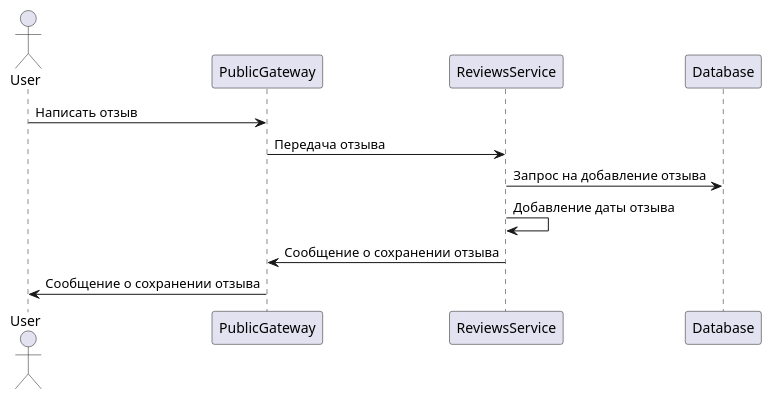
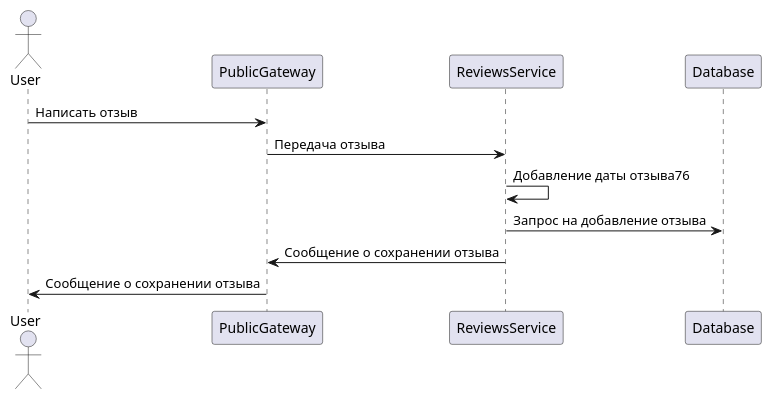
One commit to ncedu-tlt/-2021-ta-bot-reviews-management changed the diagram in design/ReviewDiagram.puml. Above: the diagram before and after it, drawn with PlantUML.

```diff
--- a/design/ReviewDiagram.puml
+++ b/design/ReviewDiagram.puml
@@ -1,12 +1,13 @@
 @startuml
 'https://plantuml.com/sequence-diagram
 
 actor User
 User->PublicGateway: Написать отзыв
 
 PublicGateway->ReviewsService: Передача отзыва
+ReviewsService->ReviewsService: Добавление даты отзыва76
 ReviewsService->Database: Запрос на добавление отзыва
-ReviewsService->ReviewsService: Добавление даты отзыва
+
 ReviewsService->PublicGateway: Сообщение о сохранении отзыва
 PublicGateway->User: Сообщение о сохранении отзыва
 @enduml
```
